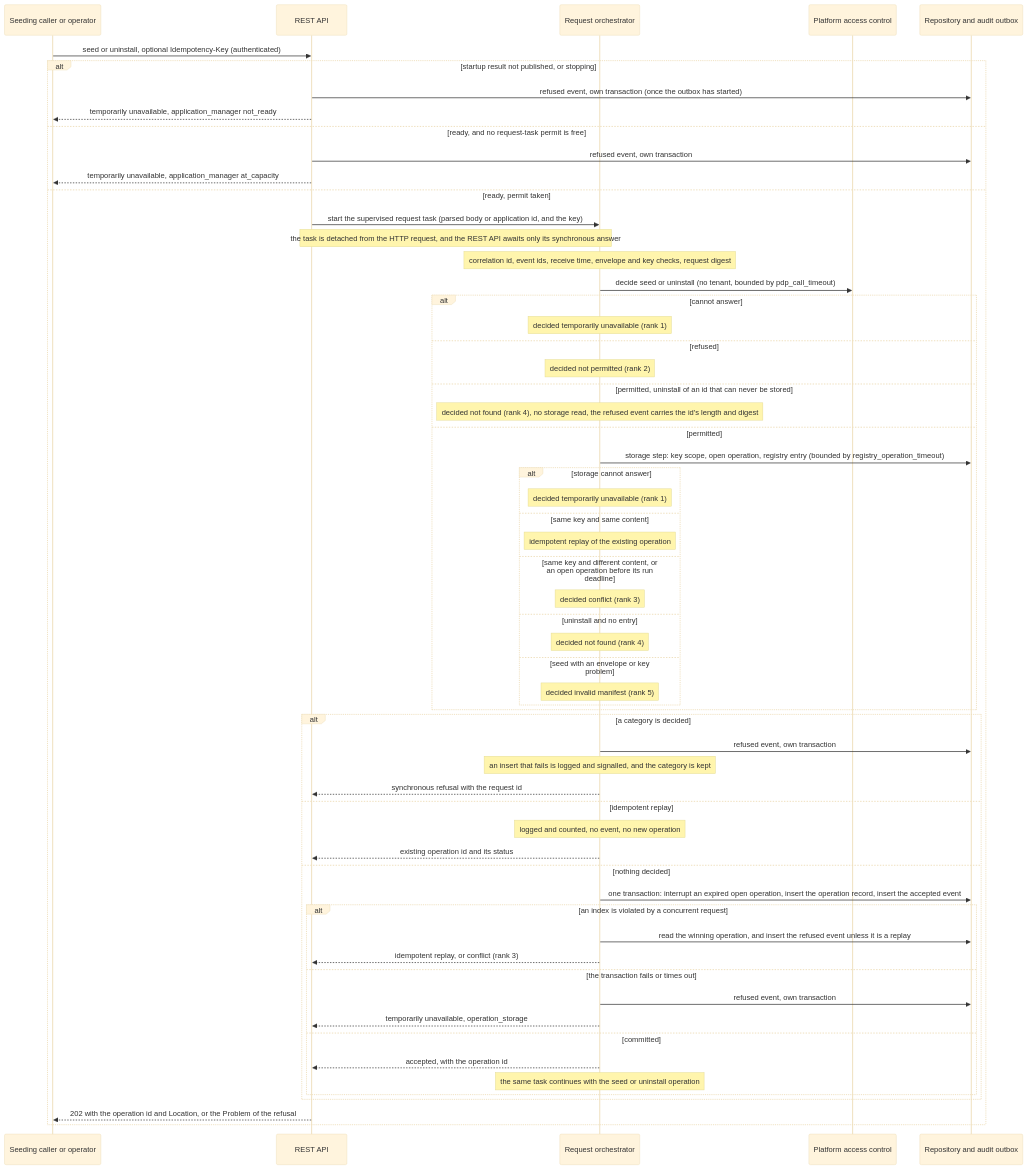
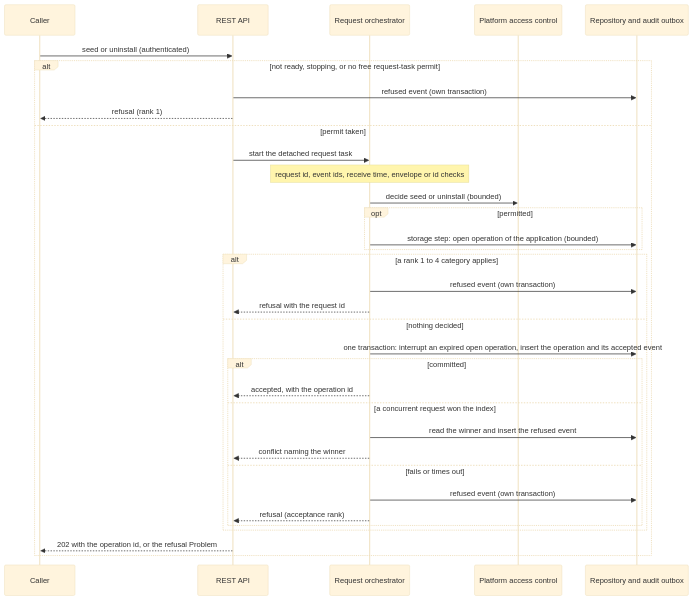
Before and after one commit to constructorfabric/gears-rust: the fourth of 7 diagrams in gears/system/application-manager/docs/DESIGN.md, drawn with Mermaid (base theme). The commit also changed other lines of this file and 8 other files, not shown here.

````diff
--- a/gears/system/application-manager/docs/DESIGN.md
+++ b/gears/system/application-manager/docs/DESIGN.md
@@ -1116,62 +693,36 @@
 ```mermaid
 sequenceDiagram
-    participant C as Seeding caller or operator
+    participant C as Caller
     participant API as REST API
     participant O as Request orchestrator
     participant PDP as Platform access control
     participant R as Repository and audit outbox
-    C ->> API: seed or uninstall, optional Idempotency-Key (authenticated)
-    alt startup result not published, or stopping
-        API ->> R: refused event, own transaction (once the outbox has started)
-        API -->> C: temporarily unavailable, application_manager not_ready
-    else ready, and no request-task permit is free
-        API ->> R: refused event, own transaction
-        API -->> C: temporarily unavailable, application_manager at_capacity
-    else ready, permit taken
-        API ->> O: start the supervised request task (parsed body or application id, and the key)
-        Note over API,O: the task is detached from the HTTP request, and the REST API awaits only its synchronous answer
-        Note over O: correlation id, event ids, receive time, envelope and key checks, request digest
-        O ->> PDP: decide seed or uninstall (no tenant, bounded by pdp_call_timeout)
-        alt cannot answer
-            Note over O: decided temporarily unavailable (rank 1)
-        else refused
-            Note over O: decided not permitted (rank 2)
-        else permitted, uninstall of an id that can never be stored
-            Note over O: decided not found (rank 4), no storage read, the refused event carries the id's length and digest
-        else permitted
-            O ->> R: storage step: key scope, open operation, registry entry (bounded by registry_operation_timeout)
-            alt storage cannot answer
-                Note over O: decided temporarily unavailable (rank 1)
-            else same key and same content
-                Note over O: idempotent replay of the existing operation
-            else same key and different content, or an open operation before its run deadline
-                Note over O: decided conflict (rank 3)
-            else uninstall and no entry
-                Note over O: decided not found (rank 4)
-            else seed with an envelope or key problem
-                Note over O: decided invalid manifest (rank 5)
+    C ->> API: seed or uninstall (authenticated)
+    alt not ready, stopping, or no free request-task permit
+        API ->> R: refused event (own transaction)
+        API -->> C: refusal (rank 1)
+    else permit taken
+        API ->> O: start the detached request task
+        Note over O: request id, event ids, receive time, envelope or id checks
+        O ->> PDP: decide seed or uninstall (bounded)
+        opt permitted
+            O ->> R: storage step: open operation of the application (bounded)
+        end
+        alt a rank 1 to 4 category applies
+            O ->> R: refused event (own transaction)
+            O -->> API: refusal with the request id
+        else nothing decided
+            O ->> R: one transaction: interrupt an expired open operation, insert the operation and its accepted event
+            alt committed
+                O -->> API: accepted, with the operation id
+            else a concurrent request won the index
+                O ->> R: read the winner and insert the refused event
+                O -->> API: conflict naming the winner
+            else fails or times out
+                O ->> R: refused event (own transaction)
+                O -->> API: refusal (acceptance rank)
             end
         end
-        alt a category is decided
-            O ->> R: refused event, own transaction
-            Note over O: an insert that fails is logged and signalled, and the category is kept
-            O -->> API: synchronous refusal with the request id
-        else idempotent replay
-            Note over O: logged and counted, no event, no new operation
-            O -->> API: existing operation id and its status
-        else nothing decided
-            O ->> R: one transaction: interrupt an expired open operation, insert the operation record, insert the accepted event
-            alt an index is violated by a concurrent request
-                O ->> R: read the winning operation, and insert the refused event unless it is a replay
-                O -->> API: idempotent replay, or conflict (rank 3)
-            else the transaction fails or times out
-                O ->> R: refused event, own transaction
-                O -->> API: temporarily unavailable, operation_storage
-            else committed
-                O -->> API: accepted, with the operation id
-                Note over O: the same task continues with the seed or uninstall operation
-            end
-        end
-        API -->> C: 202 with the operation id and Location, or the Problem of the refusal
+        API -->> C: 202 with the operation id, or the refusal Problem
     end
 ```
````
